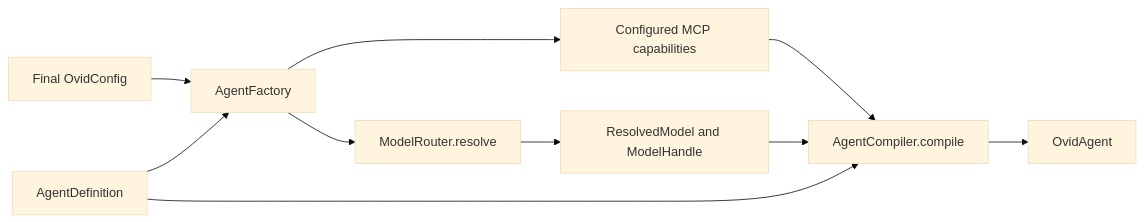
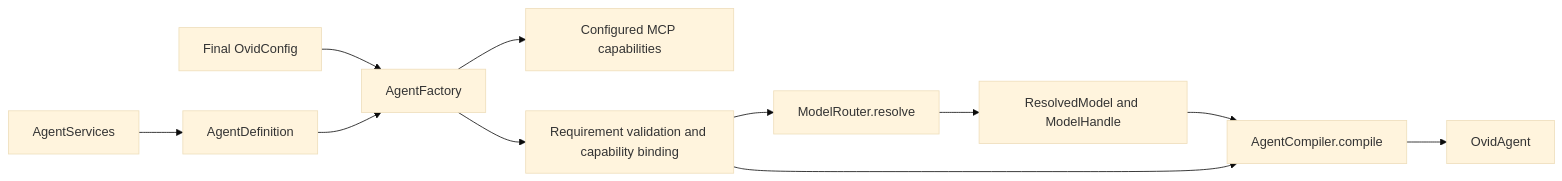
Before and after one commit to EzyGang/ovid-core: the second of 3 diagrams in docs/content/architecture.md, drawn with Mermaid (base theme). The commit also changed other lines of this file and 16 other files, not shown here.

````diff
--- a/docs/content/architecture.md
+++ b/docs/content/architecture.md
@@ -42,12 +42,13 @@
 ```mermaid
 graph LR
     C[Final OvidConfig] --> A[AgentFactory]
     D[AgentDefinition] --> A
+    S[AgentServices] --> D
     A --> M[Configured MCP capabilities]
-    A --> R[ModelRouter.resolve]
+    A --> B[Requirement validation and capability binding]
+    B --> R[ModelRouter.resolve]
     R --> H[ResolvedModel and ModelHandle]
     H --> F[AgentCompiler.compile]
-    D --> F
-    M --> F
+    B --> F
     F --> O[OvidAgent]
 ```
````
